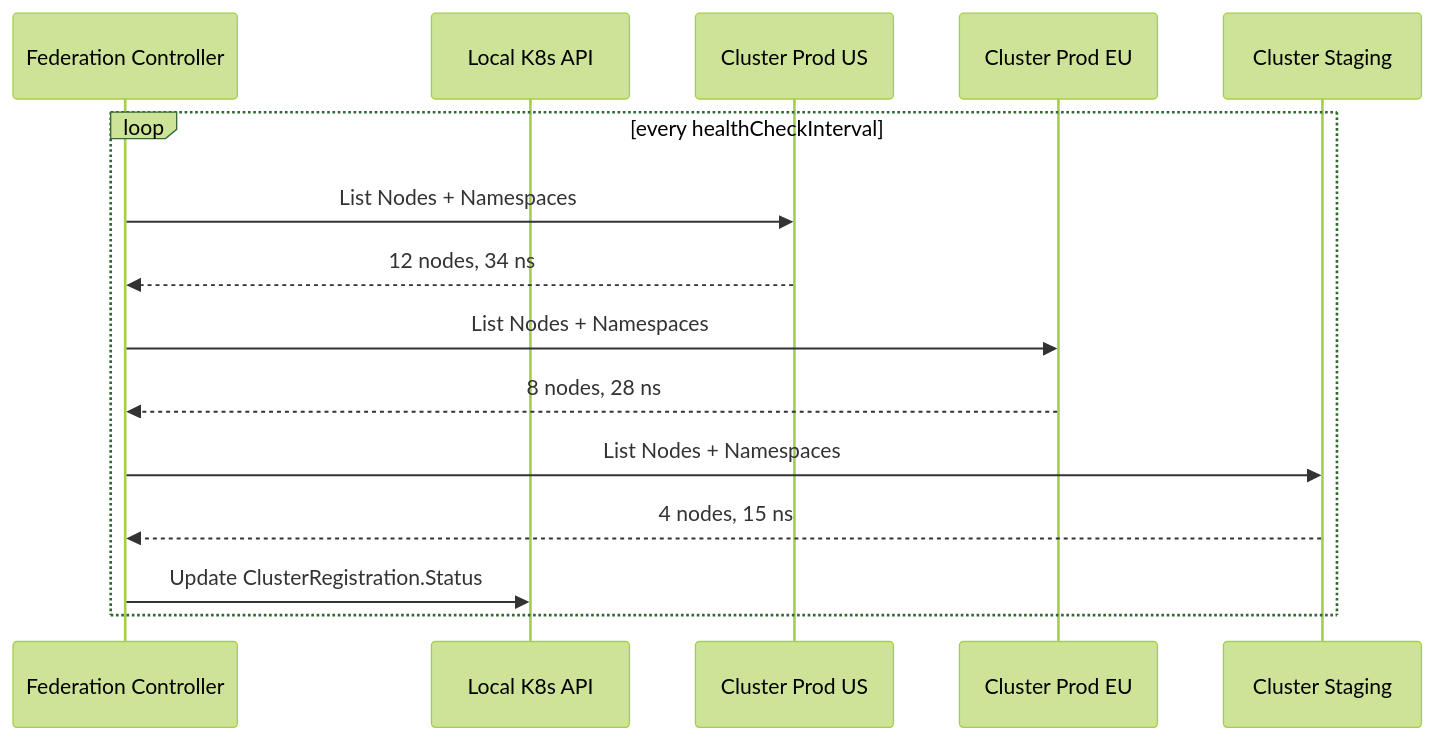
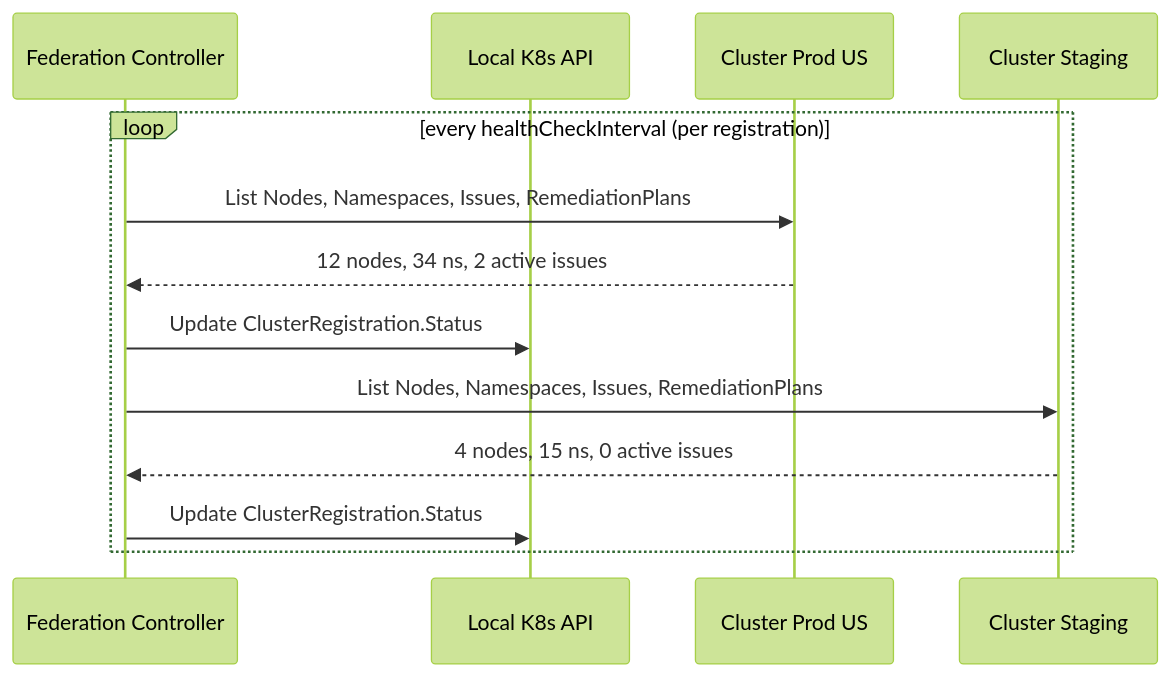
One commit to diillson/chatcli.ai changed the first of 2 diagrams in features/aiops/federation.mdx. Above: the diagram before and after it, drawn with Mermaid (forest theme). The commit also changed other lines of this file and 126 other files, not shown here.

````diff
--- a/features/aiops/federation.mdx
+++ b/features/aiops/federation.mdx
@@ -207,18 +150,16 @@
 ```mermaid
 sequenceDiagram
     participant FC as Federation Controller
     participant K8s as Local K8s API
     participant RC1 as Cluster Prod US
-    participant RC2 as Cluster Prod EU
-    participant RC3 as Cluster Staging
+    participant RC2 as Cluster Staging
 
-    loop every healthCheckInterval
-        FC->>RC1: List Nodes + Namespaces
-        RC1-->>FC: 12 nodes, 34 ns
-        FC->>RC2: List Nodes + Namespaces
-        RC2-->>FC: 8 nodes, 28 ns
-        FC->>RC3: List Nodes + Namespaces
-        RC3-->>FC: 4 nodes, 15 ns
+    loop every healthCheckInterval (per registration)
+        FC->>RC1: List Nodes, Namespaces, Issues, RemediationPlans
+        RC1-->>FC: 12 nodes, 34 ns, 2 active issues
+        FC->>K8s: Update ClusterRegistration.Status
+        FC->>RC2: List Nodes, Namespaces, Issues, RemediationPlans
+        RC2-->>FC: 4 nodes, 15 ns, 0 active issues
         FC->>K8s: Update ClusterRegistration.Status
     end
 ```
````
